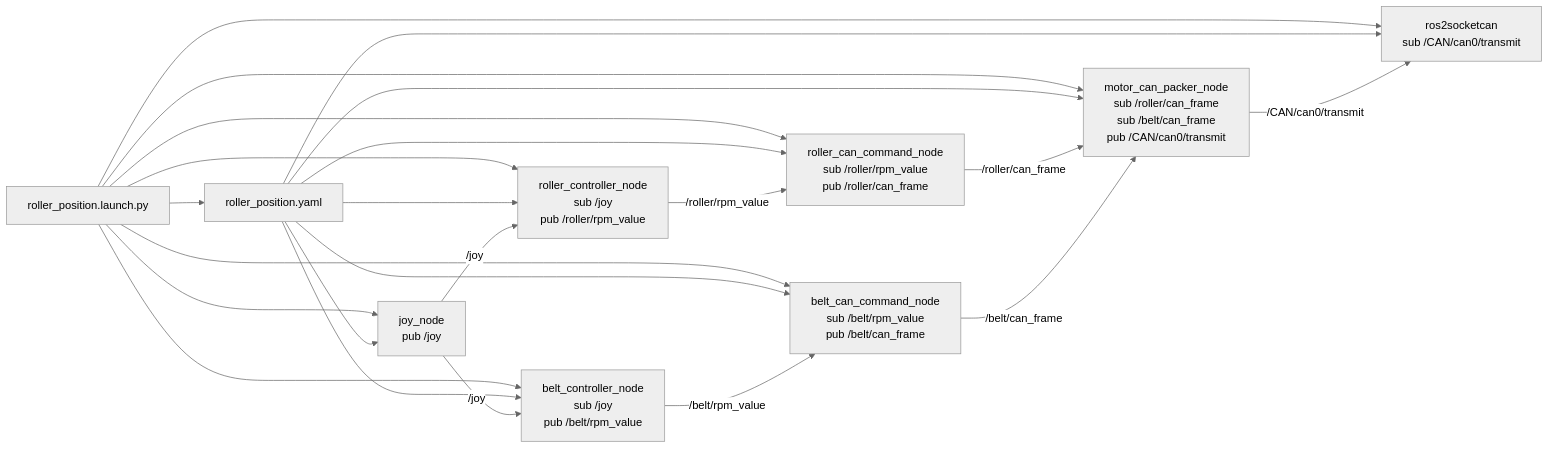
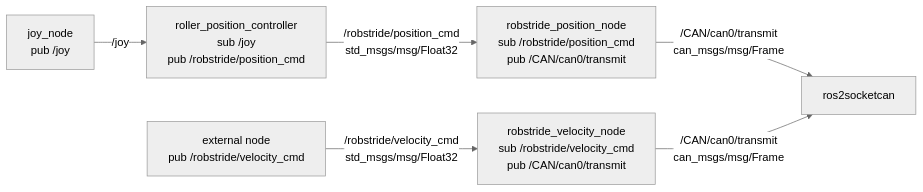
The third of 4 diagrams in ros2_ws/src/test.md (rodep-soft/rox2026), drawn with Mermaid (neutral theme) before and after one commit. The commit also changed other lines of this file and 33 other files, not shown here.

Commit message:
rollerの角度調整を行う際のlaunchファイル削除とbringupへ書き込み。mad_motor -> belt_controller

````diff
--- a/ros2_ws/src/test.md
+++ b/ros2_ws/src/test.md
@@ -163,38 +88,16 @@
 ```mermaid
 flowchart LR
-  launch["roller_position.launch.py"]
-  config["roller_position.yaml"]
+  joy["joy_node<br/>pub /joy"]
 
-  joy["joy_node<br/>pub /joy"]
-  belt_controller["belt_controller_node<br/>sub /joy<br/>pub /belt/rpm_value"]
-  roller_cmd["roller_can_command_node<br/>sub /roller/rpm_value<br/>pub /roller/can_frame"]
-  belt_cmd["belt_can_command_node<br/>sub /belt/rpm_value<br/>pub /belt/can_frame"]
-  packer["motor_can_packer_node<br/>sub /roller/can_frame<br/>sub /belt/can_frame<br/>pub /CAN/can0/transmit"]
-  socketcan["ros2socketcan<br/>sub /CAN/can0/transmit"]
-  roller_controller["roller_controller_node<br/>sub /joy<br/>pub /roller/rpm_value"]
+  roller_position["roller_position_controller<br/>sub /joy<br/>pub /robstride/position_cmd"]
+  rob_pos["robstride_position_node<br/>sub /robstride/position_cmd<br/>pub /CAN/can0/transmit"]
+  rob_vel_src["external node<br/>pub /robstride/velocity_cmd"]
+  rob_vel["robstride_velocity_node<br/>sub /robstride/velocity_cmd<br/>pub /CAN/can0/transmit"]
+  socketcan["ros2socketcan"]
 
-  launch --> config
-  launch --> joy
-  launch --> belt_controller
-  launch --> roller_controller
-  launch --> roller_cmd
-  launch --> belt_cmd
-  launch --> packer
-  launch --> socketcan
-
-  config --> belt_controller
-  config --> roller_controller
-  config --> roller_cmd
-  config --> belt_cmd
-  config --> packer
-  config --> socketcan
-  config --> joy
-
-  joy -->|/joy| belt_controller
-  joy -->|/joy| roller_controller
-  belt_controller -->|/belt/rpm_value| belt_cmd
-  roller_controller -->|/roller/rpm_value| roller_cmd
-  roller_cmd -->|/roller/can_frame| packer
-  belt_cmd -->|/belt/can_frame| packer
-  packer -->|/CAN/can0/transmit| socketcan
+  joy -->|/joy| roller_position
+  roller_position -->|/robstride/position_cmd<br/>std_msgs/msg/Float32| rob_pos
+  rob_vel_src -->|/robstride/velocity_cmd<br/>std_msgs/msg/Float32| rob_vel
+  rob_pos -->|/CAN/can0/transmit<br/>can_msgs/msg/Frame| socketcan
+  rob_vel -->|/CAN/can0/transmit<br/>can_msgs/msg/Frame| socketcan
 ```
````
